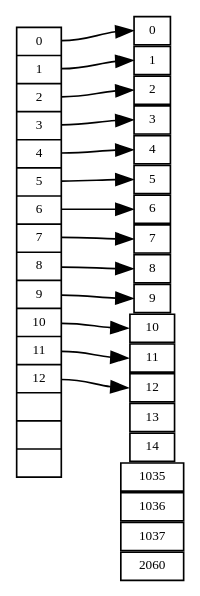
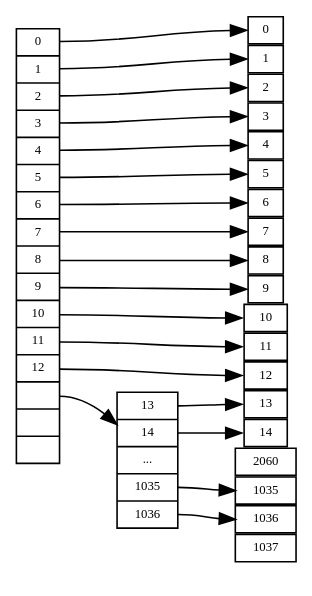
The diagram in gfx/ext2-blocks.dot (dezgeg/gradu), drawn with Graphviz before and after one commit.

Commit message:
fucking graphhviz

```diff
--- a/gfx/ext2-blocks.dot
+++ b/gfx/ext2-blocks.dot
@@ -1,100 +1,99 @@
 digraph ext2 {
     //splines = false;
     rankdir = LR;
     nodesep = 0.0;
     //ranksep = 0.5;
     node[fontsize = 8,width=0.1,height=0.1];
     size = "4.0,6.0!";
 
     // Group 1: Inode
     subgraph {
         rank = same;
         inode [shape=record,label="<b0>0|<b1>1|<b2>2|<b3>3|<b4>4|<b5>5|<b6>6|<b7>7|<b8>8|<b9>9|<b10>10|<b11>11|<b12>12|<idp1>|<idp2>|<idp3>"];
     }
 
     // Group 2: Doubly indirect blocks
     /*
     subgraph {
         rank = same;
         idb2 [shape=record,label="<idp2_0>|...|<idp2_1023>"];
     }
     */
 
     // Group 3: Indirect blocks
-    //subgraph {
-        //rank = same;
-        //idb1 [shape=record,label="<b13>13|<b14>14|...|<b1035>1035|<b1036>1036"];
-        //idb2_0 [shape=record,label="<b1037>1037|...|<b2060>2060"];
-        //idb2_1023 [shape=record,label="x|...|y"];
-    //}
+    subgraph {
+      rank = same;
+      idb1 [shape=record,label="<b13>13|<b14>14|...|<b1035>1035|<b1036>1036"];
+      //idb2_0 [shape=record,label="<b1037>1037|...|<b2060>2060"];
+      //idb2_1023 [shape=record,label="x|...|y"];
+    }
 
     // Group 3: Data blocks
     subgraph {
         rank = same;
         graph[ordering="out"];
         b0 [shape=box,label="0"];
         b1 [shape=box,label="1"];
         b2 [shape=box,label="2"];
         b3 [shape=box,label="3"];
         b4 [shape=box,label="4"];
         b5 [shape=box,label="5"];
         b6 [shape=box,label="6"];
         b7 [shape=box,label="7"];
         b8 [shape=box,label="8"];
         b9 [shape=box,label="9"];
         b10 [shape=box,label="10"];
         b11 [shape=box,label="11"];
         b12 [shape=box,label="12"];
 
         b13 [shape=box,label="13"];
         b14 [shape=box,label="14"];
         b1035 [shape=box,label="1035"];
         b1036 [shape=box,label="1036"];
 
         b1037 [shape=box,label="1037"];
         b2060 [shape=box,label="2060"];
     }
 
     // inode -> doubly indirect block connections
     //inode:idp2 -> idb2;
 
     // doubly indirect block -> indirect block connections
     //idb2:idp2_0 -> idb2_0;
     //idb2:idp2_1023 -> idb2_1023;
 
     // inode -> indirect block connections
-    //inode:idp1 -> idb1;
+    inode:idp1 -> idb1;
 
     // inode -> direct block connections
     inode:b0 -> b0:w;
     inode:b1 -> b1:w;
     inode:b2 -> b2:w;
     inode:b3 -> b3:w;
     inode:b4 -> b4:w;
     inode:b5 -> b5:w;
     inode:b6 -> b6:w;
     inode:b7 -> b7:w;
     inode:b8 -> b8:w;
     inode:b9 -> b9:w;
     inode:b10 -> b10:w;
     inode:b11 -> b11:w;
     inode:b12 -> b12:w;
 
     // retarded crap
     b12:s -> b13:n [style=invis];
     b13:s -> b14:n [style=invis];
     b14:s -> b1035:n [style=invis];
     b1035:s -> b1036:n [style=invis];
     b1036:s -> b1037:n [style=invis];
     b1037:s -> b2060:n [style=invis];
 
-
     // 1st indirect block -> direct block connections
-    //idb1:b13 -> b13:w;
-    //idb1:b14 -> b14:w;
-    //idb1:b1035 -> b1035:w;
-    //idb1:b1036 -> b1036:w;
+    idb1:b13 -> b13:w;
+    idb1:b14 -> b14:w;
+    idb1:b1035 -> b1035:w;
+    idb1:b1036 -> b1036:w;
 
     //idb2_0:b1037 -> b1037:w;
     //idb2_0:b2060 -> b2060:w;
 }
```
